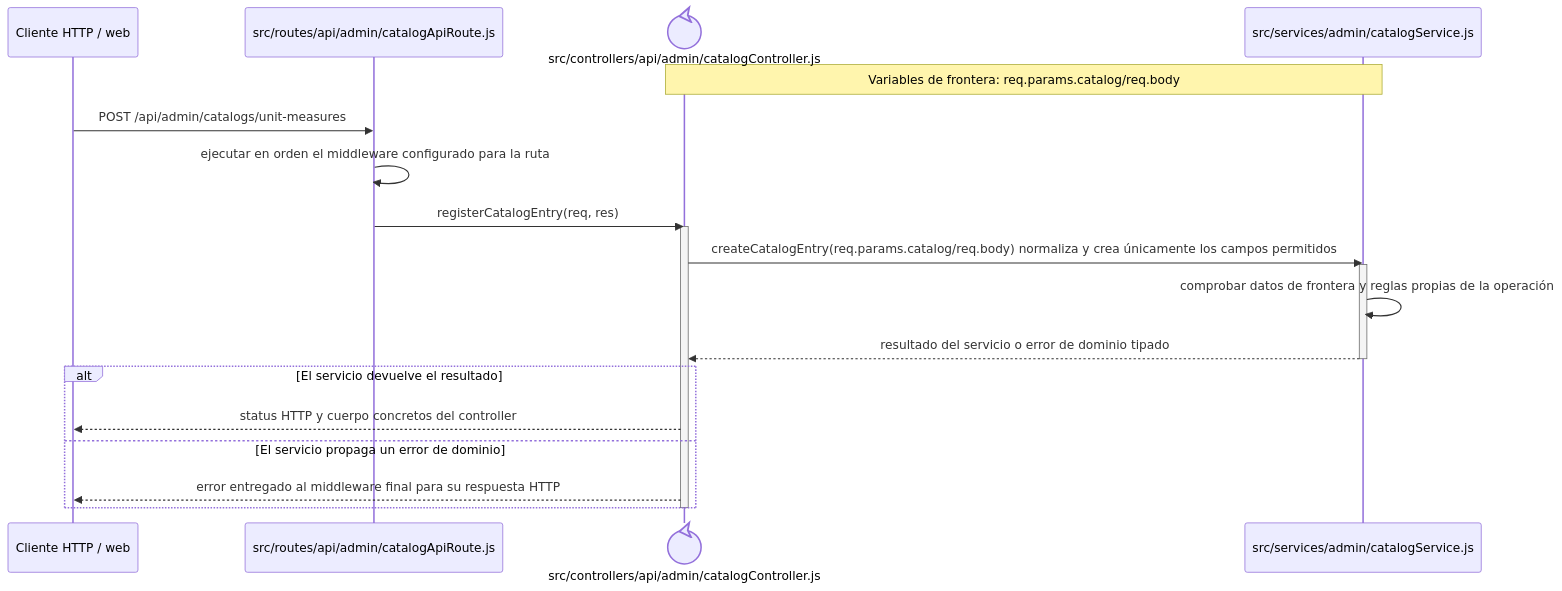
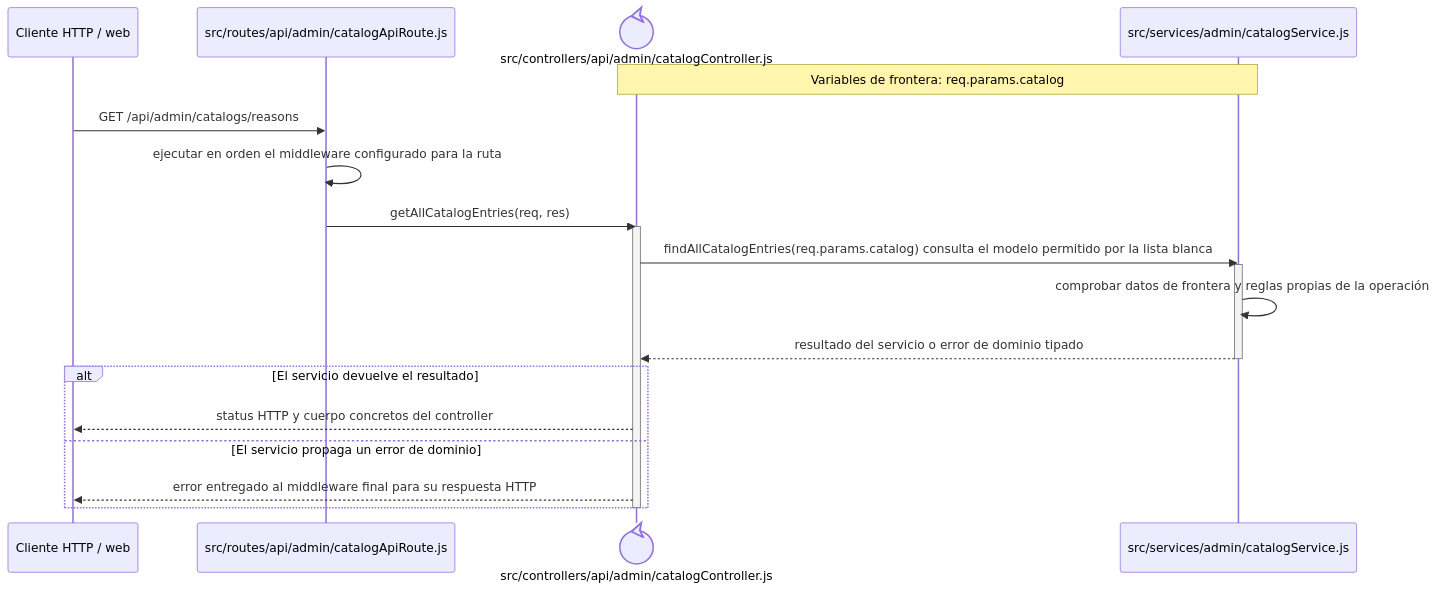
The diagram in docs/architecture/backend-code-sequences/catalogs/cu-cat-37.md (gpgsistemas01/nexus), drawn with Mermaid before and after one commit. The commit also changed other lines of this file and 207 other files, not shown here.

````diff
--- a/docs/architecture/backend-code-sequences/catalogs/cu-cat-37.md
+++ b/docs/architecture/backend-code-sequences/catalogs/cu-cat-37.md
@@ -6,24 +6,24 @@
 ```mermaid
 sequenceDiagram
     participant Client as Cliente HTTP / web
     participant Route as src/routes/api/admin/catalogApiRoute.js
     participant Controller@{ "type": "control" } as src/controllers/api/admin/catalogController.js
     participant Domain as src/services/admin/catalogService.js
-    Note over Controller,Domain: Variables de frontera: req.params.catalog/req.body
+    Note over Controller,Domain: Variables de frontera: req.params.catalog
 
-    Client->>Route: POST /api/admin/catalogs/unit-measures
+    Client->>Route: GET /api/admin/catalogs/reasons
     Route->>Route: ejecutar en orden el middleware configurado para la ruta
-    Route->>Controller: registerCatalogEntry(req, res)
+    Route->>Controller: getAllCatalogEntries(req, res)
     activate Controller
-    Controller->>Domain: createCatalogEntry(req.params.catalog/req.body) normaliza y crea únicamente los campos permitidos
+    Controller->>Domain: findAllCatalogEntries(req.params.catalog) consulta el modelo permitido por la lista blanca
     activate Domain
     Domain->>Domain: comprobar datos de frontera y reglas propias de la operación
     Domain-->>Controller: resultado del servicio o error de dominio tipado
     deactivate Domain
     alt El servicio devuelve el resultado
         Controller-->>Client: status HTTP y cuerpo concretos del controller
     else El servicio propaga un error de dominio
         Controller-->>Client: error entregado al middleware final para su respuesta HTTP
     end
     deactivate Controller
 ```
````
